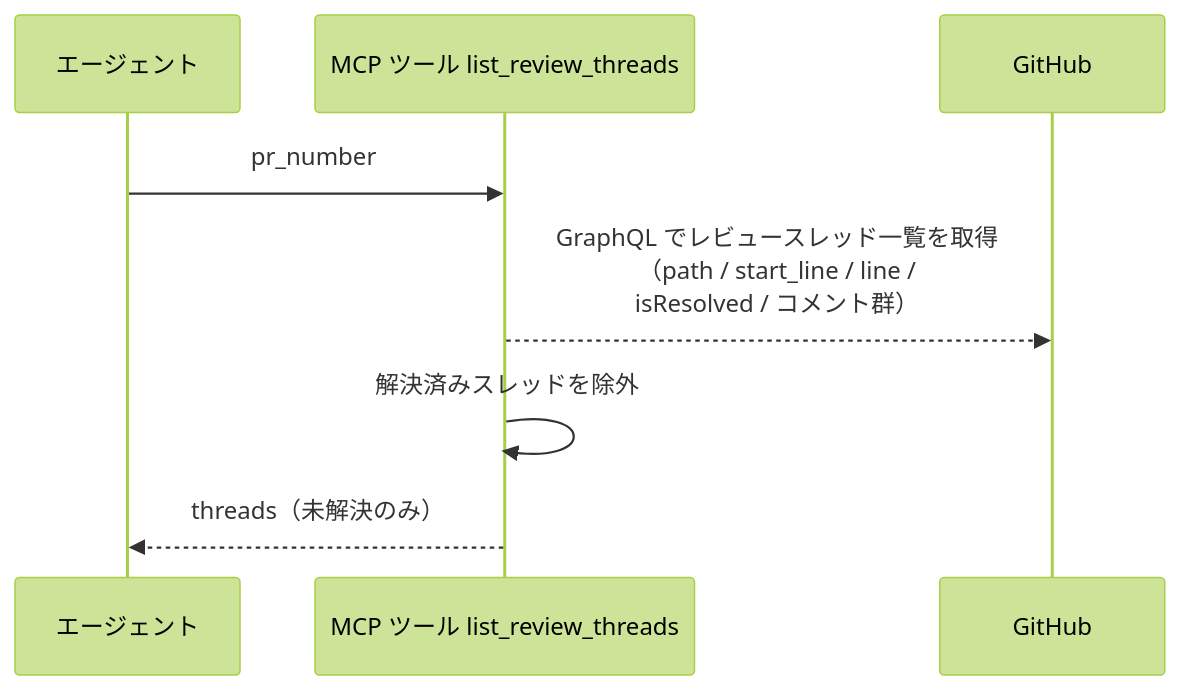
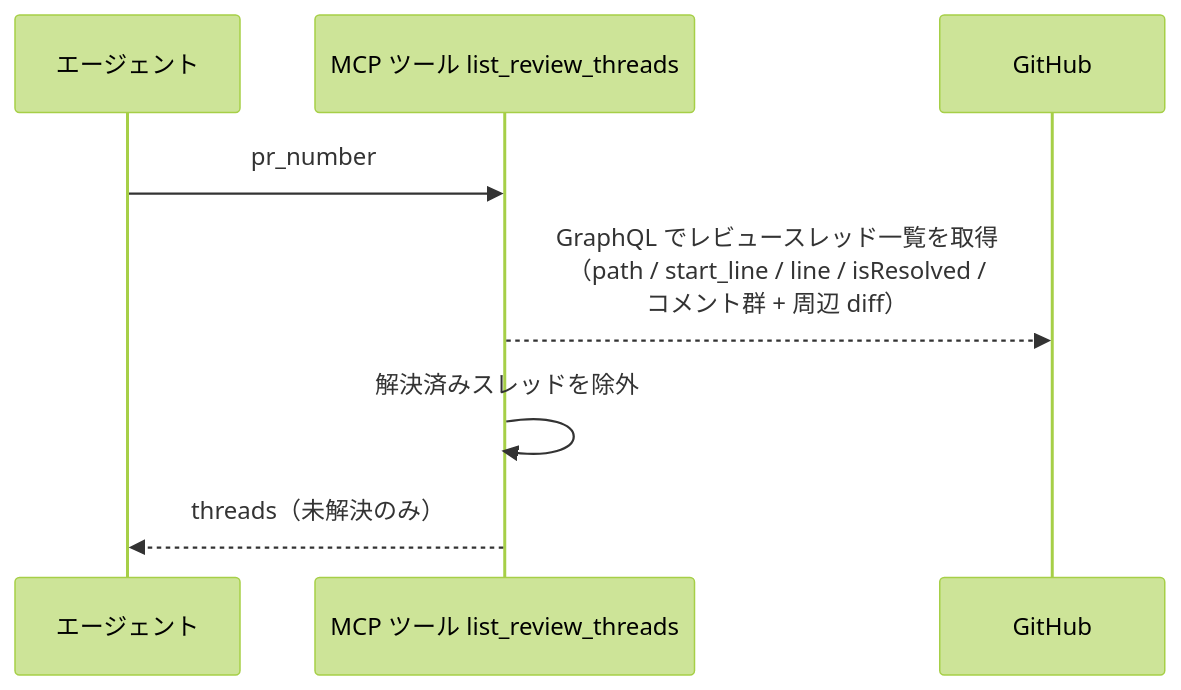
One commit to shuhei1101/ai-monitor changed the first of 3 diagrams in docs/wiki/設計図/バックエンド結合/レビュースレッド一覧.py.md. Above: the diagram before and after it, drawn with Mermaid (forest theme). The commit also changed other lines of this file and 67 other files, not shown here.

````diff
--- a/docs/wiki/設計図/バックエンド結合/レビュースレッド一覧.py.md
+++ b/docs/wiki/設計図/バックエンド結合/レビュースレッド一覧.py.md
@@ -91,11 +98,11 @@
 ```mermaid
 sequenceDiagram
   participant A as エージェント
   participant T as MCP ツール list_review_threads
   participant GH as GitHub
 
   A->>T: pr_number
-  T-->>GH: GraphQL でレビュースレッド一覧を取得<br>（path / start_line / line /<br>isResolved / コメント群）
+  T-->>GH: GraphQL でレビュースレッド一覧を取得<br>（path / start_line / line / isResolved /<br>コメント群 + 周辺 diff）
   T->>T: 解決済みスレッドを除外
   T-->>A: threads（未解決のみ）
 ```
````
